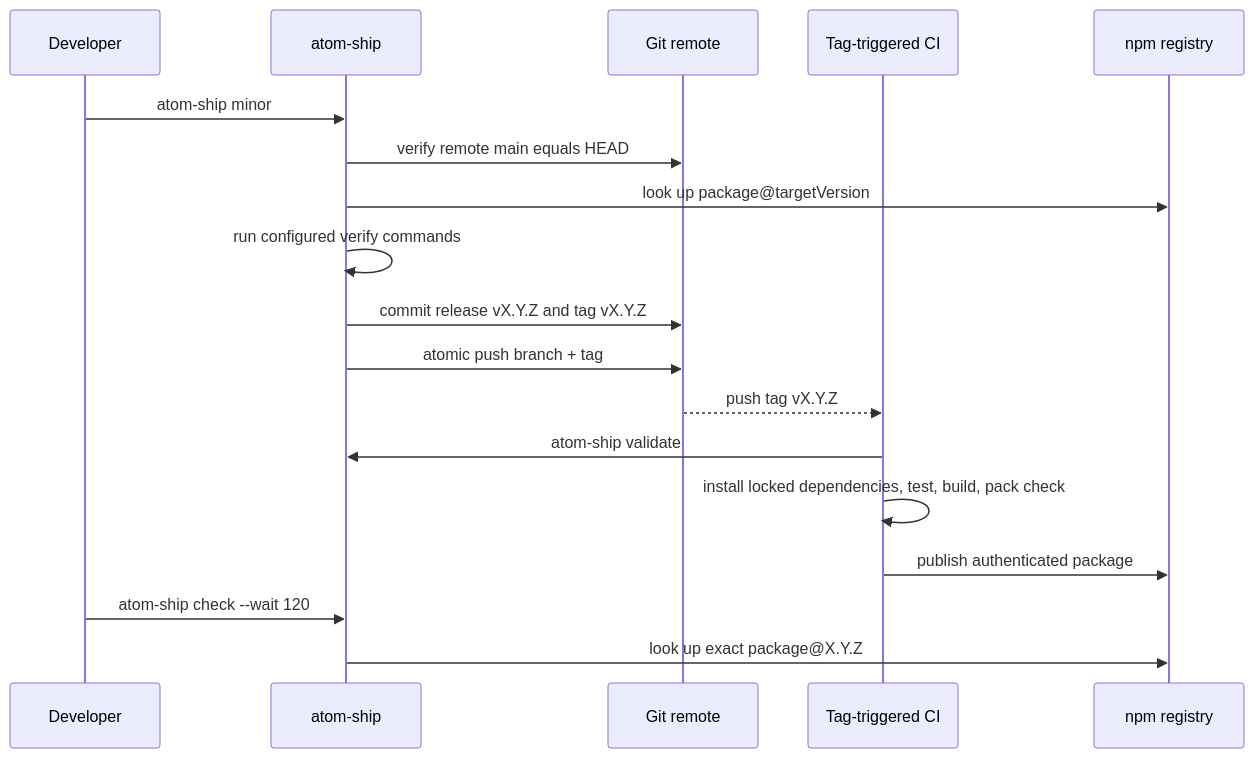
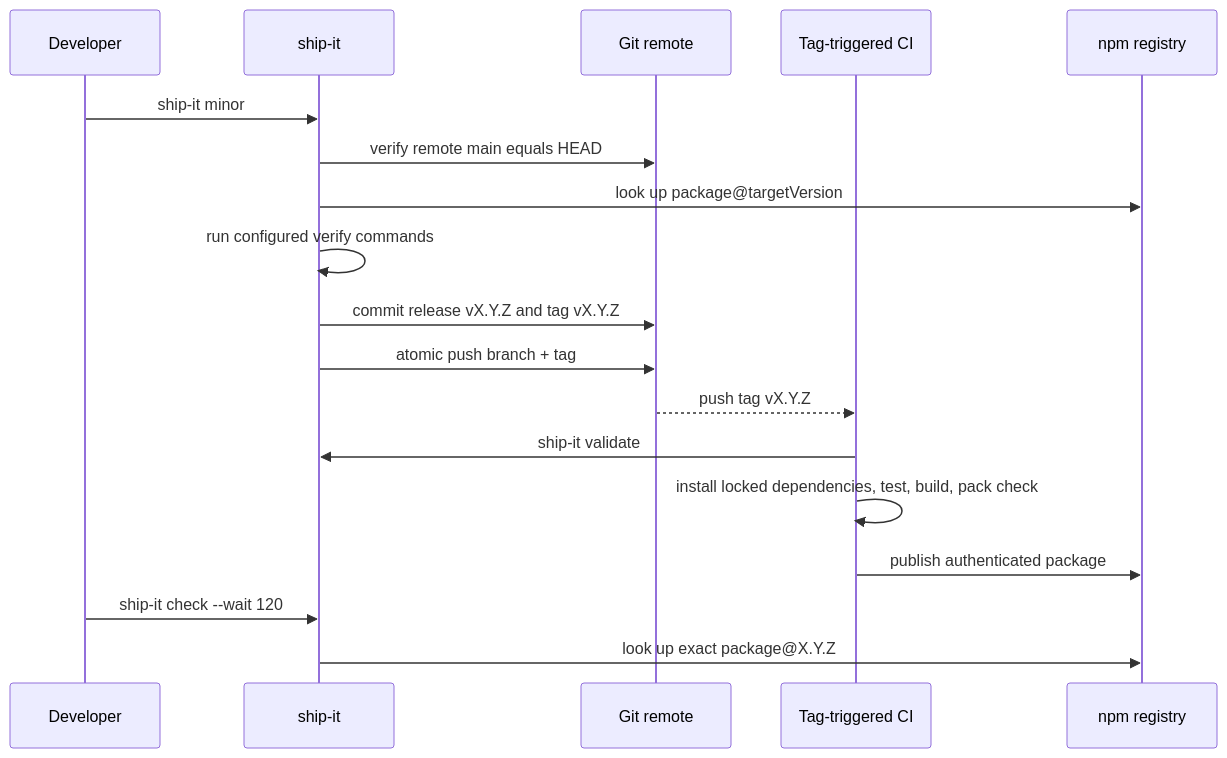
One commit to atom-forge/ship changed the fifth of 6 diagrams in README.md. Above: the diagram before and after it, drawn with Mermaid. The commit also changed other lines of this file and 5 other files, not shown here.

````diff
--- a/README.md
+++ b/README.md
@@ -153,21 +153,21 @@
 ```mermaid
 sequenceDiagram
     participant Developer
-    participant Ship as atom-ship
+    participant Ship as ship-it
     participant Git as Git remote
     participant CI as Tag-triggered CI
     participant Registry as npm registry
 
-    Developer->>Ship: atom-ship minor
+    Developer->>Ship: ship-it minor
     Ship->>Git: verify remote main equals HEAD
     Ship->>Registry: look up package@targetVersion
     Ship->>Ship: run configured verify commands
     Ship->>Git: commit release vX.Y.Z and tag vX.Y.Z
     Ship->>Git: atomic push branch + tag
     Git-->>CI: push tag vX.Y.Z
-    CI->>Ship: atom-ship validate
+    CI->>Ship: ship-it validate
     CI->>CI: install locked dependencies, test, build, pack check
     CI->>Registry: publish authenticated package
-    Developer->>Ship: atom-ship check --wait 120
+    Developer->>Ship: ship-it check --wait 120
     Ship->>Registry: look up exact package@X.Y.Z
 ```
````
